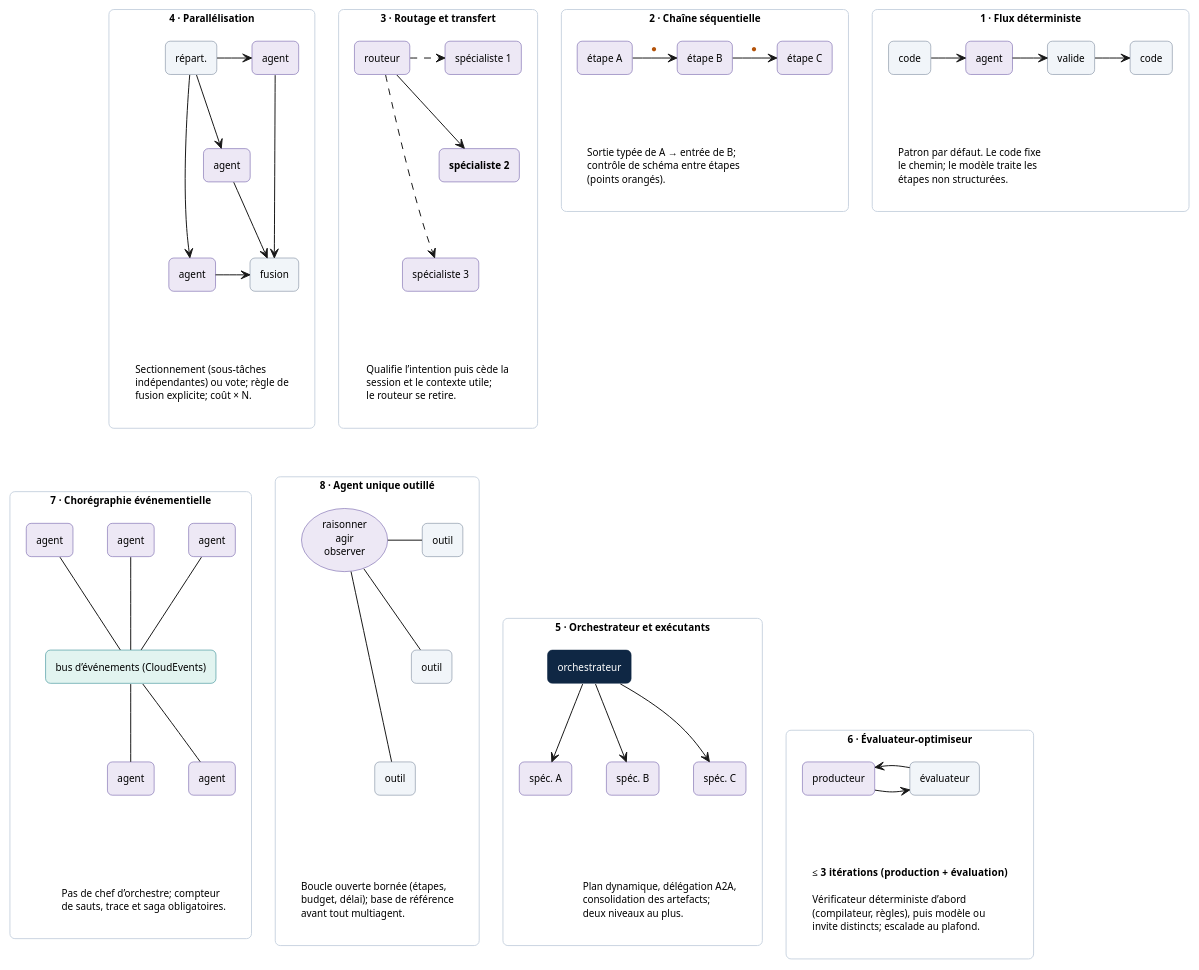
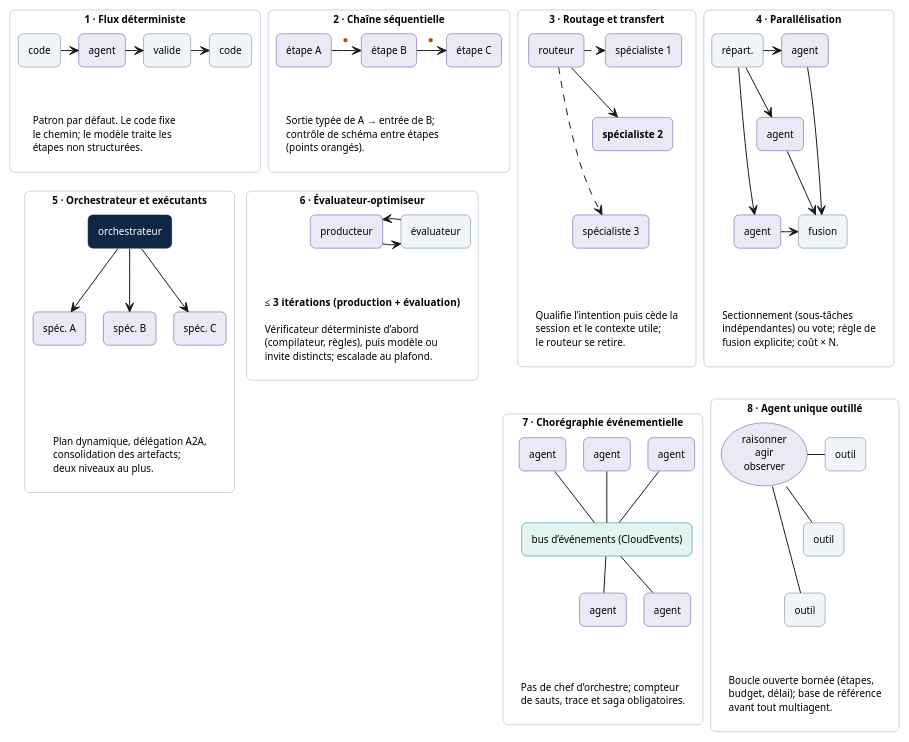
One commit to agbruneau/Agentique changed the diagram in 2 - Cadre de Référence/Diagrammes/Figure-11 - Huit patrons d'orchestration autorisés.puml. Above: the diagram before and after it, drawn with PlantUML. The commit also changed 254 other files, not shown here.

First line of the commit message:
Audit approfondi et correction des Markdown et des 287 diagrammes des 6 ouvrages

```diff
--- a/2 - Cadre de Référence/Diagrammes/Figure-11 - Huit patrons d'orchestration autorisés.puml
+++ b/2 - Cadre de Référence/Diagrammes/Figure-11 - Huit patrons d'orchestration autorisés.puml
@@ -3,138 +3,136 @@
 @startuml
+!pragma layout smetana
 top to bottom direction
 skinparam shadowing false
 skinparam roundcorner 10
 skinparam defaultFontName "Segoe UI"
 skinparam defaultFontSize 10
+skinparam nodesep 16
+skinparam ranksep 22
 
-together {
   rectangle "**1 · Flux déterministe**" as V1 #FFFFFF;line:CBD5E1 {
     rectangle "code" as v1_c1 #F1F5F9;line:64748B
     rectangle "agent" as v1_a #EDE8F5;line:5A469B
     rectangle "valide" as v1_v #F1F5F9;line:64748B
     rectangle "code" as v1_c2 #F1F5F9;line:64748B
     v1_c1 -right-> v1_a
     v1_a -right-> v1_v
     v1_v -right-> v1_c2
     rectangle "Patron par défaut. Le code fixe\nle chemin; le modèle traite les\nétapes non structurées." as v1_t #FFFFFF;line:FFFFFF
     v1_c1 -[hidden]down-> v1_t
   }
 
   rectangle "**2 · Chaîne séquentielle**" as V2 #FFFFFF;line:CBD5E1 {
     rectangle "étape A" as v2_a #EDE8F5;line:5A469B
     rectangle "étape B" as v2_b #EDE8F5;line:5A469B
     rectangle "étape C" as v2_c #EDE8F5;line:5A469B
     v2_a -right-> v2_b : <color:#B45309>●</color>
     v2_b -right-> v2_c : <color:#B45309>●</color>
     rectangle "Sortie typée de A → entrée de B;\ncontrôle de schéma entre étapes\n(points orangés)." as v2_t #FFFFFF;line:FFFFFF
     v2_a -[hidden]down-> v2_t
   }
 
   rectangle "**3 · Routage et transfert**" as V3 #FFFFFF;line:CBD5E1 {
     rectangle "routeur" as v3_r #EDE8F5;line:5A469B
     rectangle "spécialiste 1" as v3_s1 #EDE8F5;line:5A469B
     rectangle "**spécialiste 2**" as v3_s2 #EDE8F5;line:5A469B
     rectangle "spécialiste 3" as v3_s3 #EDE8F5;line:5A469B
     v3_r .right.> v3_s1
     v3_r -right-> v3_s2
     v3_r .right.> v3_s3
     v3_s1 -[hidden]down-> v3_s2
     v3_s2 -[hidden]down-> v3_s3
     rectangle "Qualifie l’intention puis cède la\nsession et le contexte utile;\nle routeur se retire." as v3_t #FFFFFF;line:FFFFFF
     v3_s3 -[hidden]down-> v3_t
     v3_r -[hidden]down-> v3_t
   }
 
   rectangle "**4 · Parallélisation**" as V4 #FFFFFF;line:CBD5E1 {
     rectangle "répart." as v4_d #F1F5F9;line:64748B
     rectangle "agent" as v4_a1 #EDE8F5;line:5A469B
     rectangle "agent" as v4_a2 #EDE8F5;line:5A469B
     rectangle "agent" as v4_a3 #EDE8F5;line:5A469B
     rectangle "fusion" as v4_f #F1F5F9;line:64748B
     v4_d -right-> v4_a1
     v4_d -right-> v4_a2
     v4_d -right-> v4_a3
     v4_a1 -right-> v4_f
     v4_a2 -right-> v4_f
     v4_a3 -right-> v4_f
     v4_a1 -[hidden]down-> v4_a2
     v4_a2 -[hidden]down-> v4_a3
     rectangle "Sectionnement (sous-tâches\nindépendantes) ou vote; règle de\nfusion explicite; coût × N." as v4_t #FFFFFF;line:FFFFFF
     v4_a3 -[hidden]down-> v4_t
   }
-}
 
-together {
   rectangle "**5 · Orchestrateur et exécutants**" as V5 #FFFFFF;line:CBD5E1 {
     rectangle "orchestrateur" as v5_o #0F2744;text:FFFFFF;line:0F2744
     rectangle "spéc. A" as v5_a #EDE8F5;line:5A469B
     rectangle "spéc. B" as v5_b #EDE8F5;line:5A469B
     rectangle "spéc. C" as v5_c #EDE8F5;line:5A469B
     v5_o -down-> v5_a
     v5_o -down-> v5_b
     v5_o -down-> v5_c
     v5_a -[hidden]right-> v5_b
     v5_b -[hidden]right-> v5_c
     rectangle "Plan dynamique, délégation A2A,\nconsolidation des artefacts;\ndeux niveaux au plus." as v5_t #FFFFFF;line:FFFFFF
     v5_b -[hidden]down-> v5_t
   }
 
   rectangle "**6 · Évaluateur-optimiseur**" as V6 #FFFFFF;line:CBD5E1 {
     rectangle "producteur" as v6_p #EDE8F5;line:5A469B
     rectangle "évaluateur" as v6_e #F1F5F9;line:64748B
     v6_p -right-> v6_e
-    v6_e -left-> v6_p
+    v6_p <-right- v6_e
     rectangle "**≤ 3 itérations (production + évaluation)**\n\nVérificateur déterministe d’abord\n(compilateur, règles), puis modèle ou\ninvite distincts; escalade au plafond." as v6_t #FFFFFF;line:FFFFFF
     v6_p -[hidden]down-> v6_t
     v6_e -[hidden]down-> v6_t
   }
 
   rectangle "**7 · Chorégraphie événementielle**" as V7 #FFFFFF;line:CBD5E1 {
     rectangle "agent" as v7_a1 #EDE8F5;line:5A469B
     rectangle "agent" as v7_a2 #EDE8F5;line:5A469B
     rectangle "agent" as v7_a3 #EDE8F5;line:5A469B
     rectangle "bus d’événements (CloudEvents)" as v7_bus #E2F4F0;line:0F7682
     rectangle "agent" as v7_a4 #EDE8F5;line:5A469B
     rectangle "agent" as v7_a5 #EDE8F5;line:5A469B
     v7_a1 -down- v7_bus
     v7_a2 -down- v7_bus
     v7_a3 -down- v7_bus
     v7_bus -down- v7_a4
     v7_bus -down- v7_a5
     v7_a1 -[hidden]right-> v7_a2
     v7_a2 -[hidden]right-> v7_a3
     v7_a4 -[hidden]right-> v7_a5
     rectangle "Pas de chef d’orchestre; compteur\nde sauts, trace et saga obligatoires." as v7_t #FFFFFF;line:FFFFFF
     v7_a4 -[hidden]down-> v7_t
   }
 
   rectangle "**8 · Agent unique outillé**" as V8 #FFFFFF;line:CBD5E1 {
     usecase "raisonner\nagir\nobserver" as v8_ag #EDE8F5;line:5A469B
     rectangle "outil" as v8_o1 #F1F5F9;line:64748B
     rectangle "outil" as v8_o2 #F1F5F9;line:64748B
     rectangle "outil" as v8_o3 #F1F5F9;line:64748B
     v8_ag -right- v8_o1
     v8_ag -right- v8_o2
     v8_ag -right- v8_o3
     v8_o1 -[hidden]down-> v8_o2
     v8_o2 -[hidden]down-> v8_o3
     rectangle "Boucle ouverte bornée (étapes,\nbudget, délai); base de référence\navant tout multiagent." as v8_t #FFFFFF;line:FFFFFF
     v8_ag -[hidden]down-> v8_t
     v8_o3 -[hidden]down-> v8_t
   }
-}
 
-v1_c1 -[hidden]right-> v2_a
-v2_a -[hidden]right-> v3_r
-v3_r -[hidden]right-> v4_d
-v1_t -[hidden]right-> v2_t
-v2_t -[hidden]right-> v3_t
-v3_t -[hidden]right-> v4_t
-v5_t -[hidden]right-> v6_t
-v6_t -[hidden]right-> v7_t
-v7_t -[hidden]right-> v8_t
-v3_t -[hidden]down-> v5_o
-v3_t -[hidden]down-> v6_p
+v1_c2 -[hidden]right-> v2_a
+v2_c -[hidden]right-> v3_r
+v3_s1 -[hidden]right-> v4_d
+
+v5_o -[hidden]right-> v6_p
+v6_e -[hidden]right-> v7_a1
+v7_a3 -[hidden]right-> v8_ag
+
+v1_t -[hidden]down-> v5_o
+v2_t -[hidden]down-> v6_p
 v3_t -[hidden]down-> v7_a2
-v3_t -[hidden]down-> v8_ag
+v4_t -[hidden]down-> v8_ag
 @enduml
```
